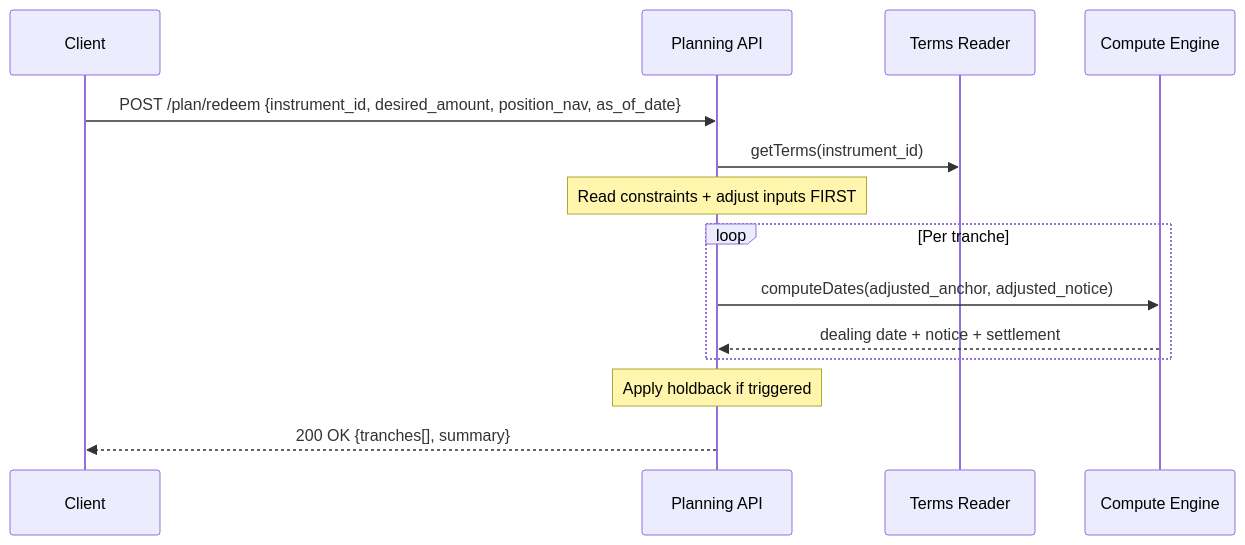
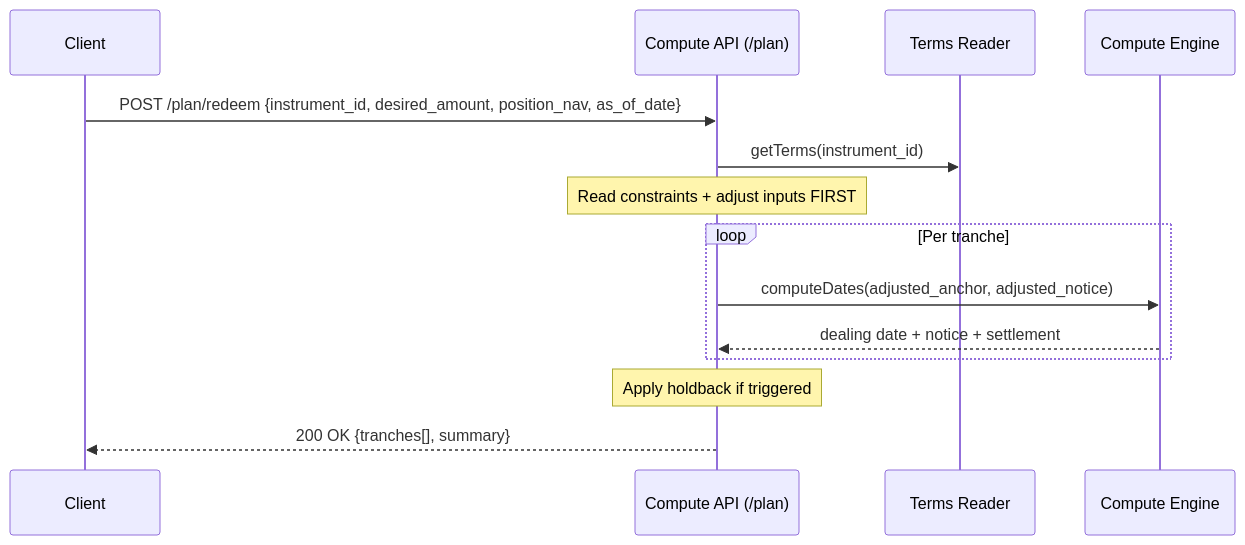
One commit to Ashu290905/OSYTE changed the second of 2 diagrams in lcs-main/docs/architecture.md. Above: the diagram before and after it, drawn with Mermaid. The commit also changed other lines of this file, not shown here.

First line of the commit message:
Merge Compute+Planning into one API, shared engine, rename to Workflows

````diff
--- a/lcs-main/docs/architecture.md
+++ b/lcs-main/docs/architecture.md
@@ -326,21 +221,21 @@
 ```mermaid
 sequenceDiagram
     participant Client
-    participant Plan as Planning API
+    participant API as Compute API (/plan)
     participant TR as Terms Reader
     participant CE as Compute Engine
 
-    Client->>Plan: POST /plan/redeem {instrument_id, desired_amount, position_nav, as_of_date}
-    Plan->>TR: getTerms(instrument_id)
+    Client->>API: POST /plan/redeem {instrument_id, desired_amount, position_nav, as_of_date}
+    API->>TR: getTerms(instrument_id)
 
-    Note over Plan: Read constraints + adjust inputs FIRST
+    Note over API: Read constraints + adjust inputs FIRST
 
     loop Per tranche
-        Plan->>CE: computeDates(adjusted_anchor, adjusted_notice)
-        CE-->>Plan: dealing date + notice + settlement
+        API->>CE: computeDates(adjusted_anchor, adjusted_notice)
+        CE-->>API: dealing date + notice + settlement
     end
 
-    Note over Plan: Apply holdback if triggered
+    Note over API: Apply holdback if triggered
 
-    Plan-->>Client: 200 OK {tranches[], summary}
+    API-->>Client: 200 OK {tranches[], summary}
 ```
````
